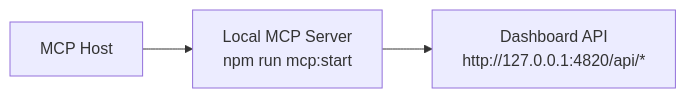
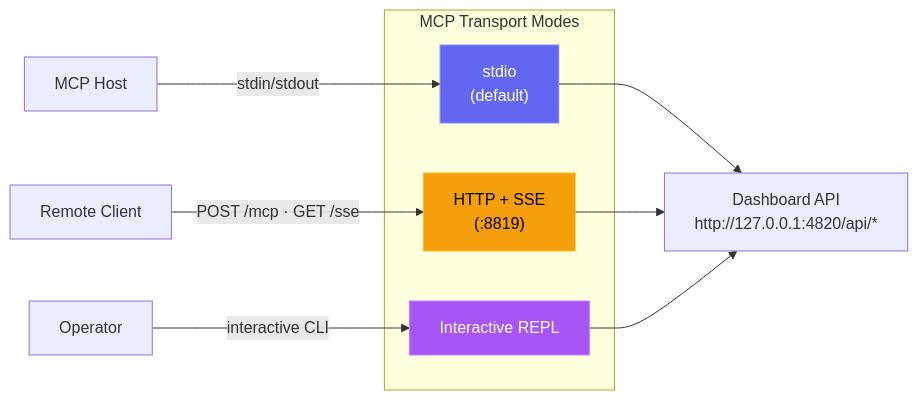
Before and after one commit to fadighattas100/Claude-Code-Agent-Monitor: the diagram in SETUP.md, drawn with Mermaid. The commit also changed other lines of this file and 27 other files, not shown here.

Commit message:
feat: add support for multiple transport modes in MCP server configuration

````diff
--- a/SETUP.md
+++ b/SETUP.md
@@ -111,5 +114,20 @@
 ```mermaid
 graph LR
-  HOST["MCP Host"] --> MCP["Local MCP Server<br/>npm run mcp:start"]
-  MCP --> API["Dashboard API<br/>http://127.0.0.1:4820/api/*"]
+    subgraph "MCP Transport Modes"
+        STDIO["stdio\n(default)"]
+        HTTP["HTTP + SSE\n(:8819)"]
+        REPL["Interactive REPL"]
+    end
+
+    HOST["MCP Host"] -->|"stdin/stdout"| STDIO
+    RC["Remote Client"] -->|"POST /mcp · GET /sse"| HTTP
+    OP["Operator"] -->|"interactive CLI"| REPL
+
+    STDIO --> API["Dashboard API<br/>http://127.0.0.1:4820/api/*"]
+    HTTP --> API
+    REPL --> API
+
+    style STDIO fill:#6366f1,stroke:#818cf8,color:#fff
+    style HTTP fill:#f59e0b,stroke:#fbbf24,color:#000
+    style REPL fill:#a855f7,stroke:#c084fc,color:#fff
 ```
````
